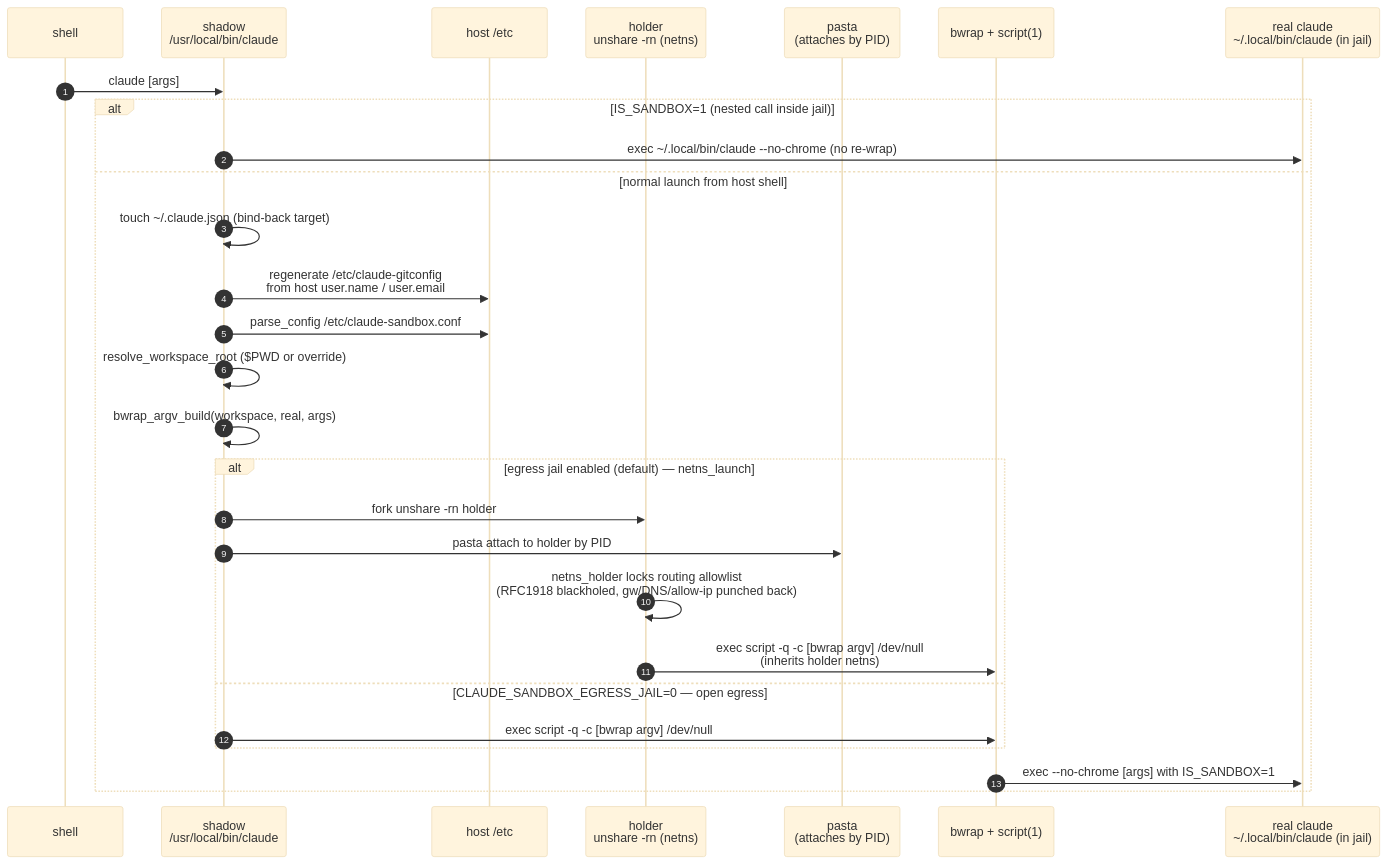
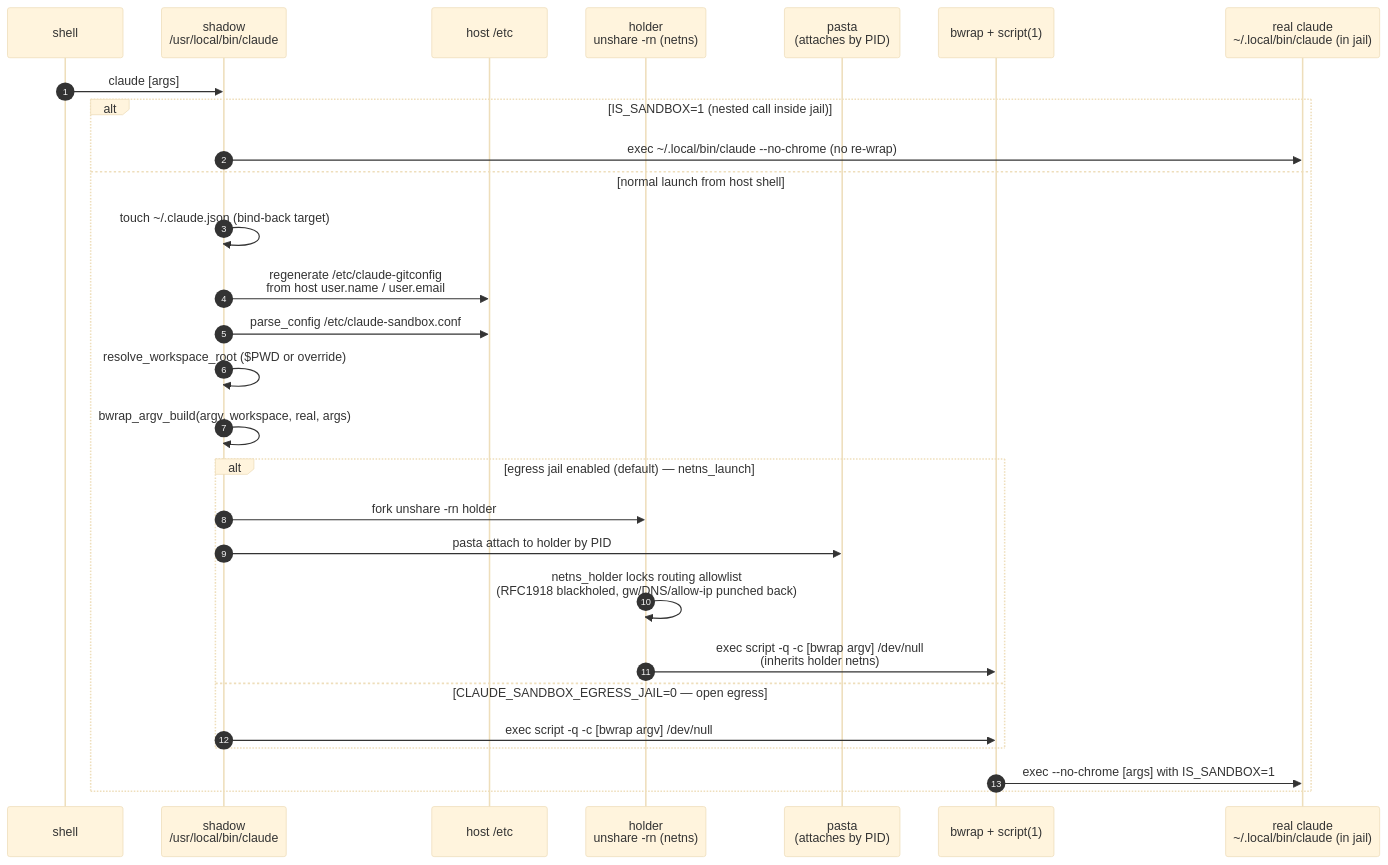
Before and after one commit to DiamondLightSource/claude-sandbox: the second of 4 diagrams in docs/explanations/architecture.md, drawn with Mermaid (base theme). The commit also changed other lines of this file and 20 other files, not shown here.

````diff
--- a/docs/explanations/architecture.md
+++ b/docs/explanations/architecture.md
@@ -131,31 +127,31 @@
 ```{mermaid}
 sequenceDiagram
     autonumber
     participant U as shell
     participant S as shadow<br/>/usr/local/bin/claude
     participant FS as host /etc
     participant H as holder<br/>unshare -rn (netns)
     participant P as pasta<br/>(attaches by PID)
     participant B as bwrap + script(1)
     participant R as real claude<br/>~/.local/bin/claude (in jail)
 
     U->>S: claude [args]
     alt IS_SANDBOX=1 (nested call inside jail)
         S->>R: exec ~/.local/bin/claude --no-chrome (no re-wrap)
     else normal launch from host shell
         S->>S: touch ~/.claude.json (bind-back target)
         S->>FS: regenerate /etc/claude-gitconfig<br/>from host user.name / user.email
         S->>FS: parse_config /etc/claude-sandbox.conf
         S->>S: resolve_workspace_root ($PWD or override)
-        S->>S: bwrap_argv_build(workspace, real, args)
+        S->>S: bwrap_argv_build(argv, workspace, real, args)
         alt egress jail enabled (default) — netns_launch
             S->>H: fork unshare -rn holder
             S->>P: pasta attach to holder by PID
             H->>H: netns_holder locks routing allowlist<br/>(RFC1918 blackholed, gw/DNS/allow-ip punched back)
             H->>B: exec script -q -c [bwrap argv] /dev/null<br/>(inherits holder netns)
         else CLAUDE_SANDBOX_EGRESS_JAIL=0 — open egress
             S->>B: exec script -q -c [bwrap argv] /dev/null
         end
         B->>R: exec --no-chrome [args] with IS_SANDBOX=1
     end
 ```
````
